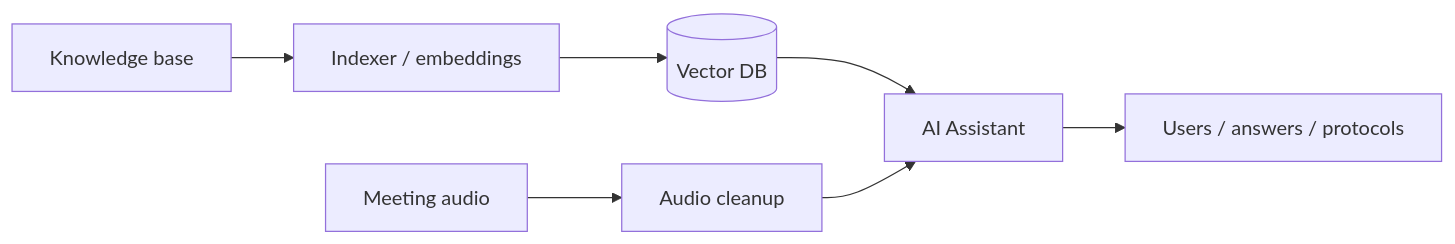
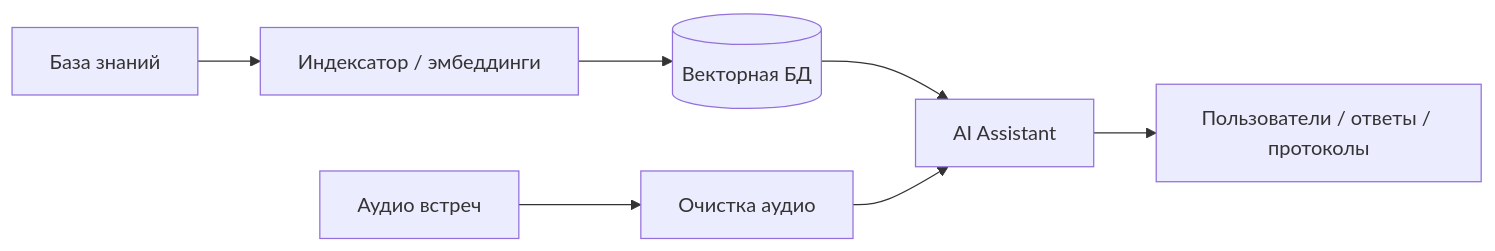
The first of 2 diagrams in README.md (artyom-ai-dev/portfolio), drawn with Mermaid before and after one commit. The commit also changed other lines of this file and 4 other files, not shown here.

````diff
--- a/README.md
+++ b/README.md
@@ -25,9 +25,9 @@
 ```mermaid
 flowchart LR
-  Docs[Knowledge base] --> Indexer[Indexer / embeddings]
-  Indexer --> Vector[(Vector DB)]
+  Docs[База знаний] --> Indexer[Индексатор / эмбеддинги]
+  Indexer --> Vector[(Векторная БД)]
   Vector --> Assistant[AI Assistant]
-  Audio[Meeting audio] --> Clean[Audio cleanup]
+  Audio[Аудио встреч] --> Clean[Очистка аудио]
   Clean --> Assistant
-  Assistant --> Users[Users / answers / protocols]
+  Assistant --> Users[Пользователи / ответы / протоколы]
 ```
````
